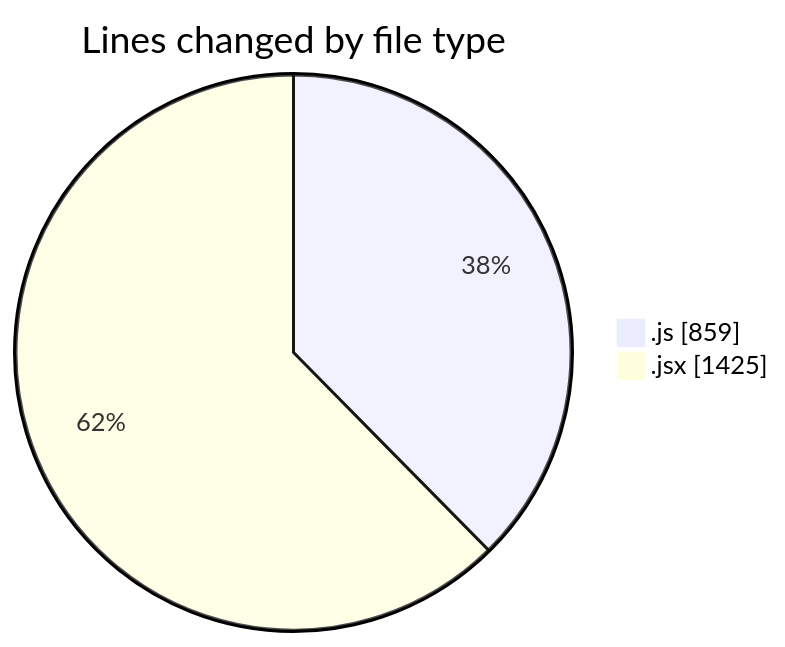
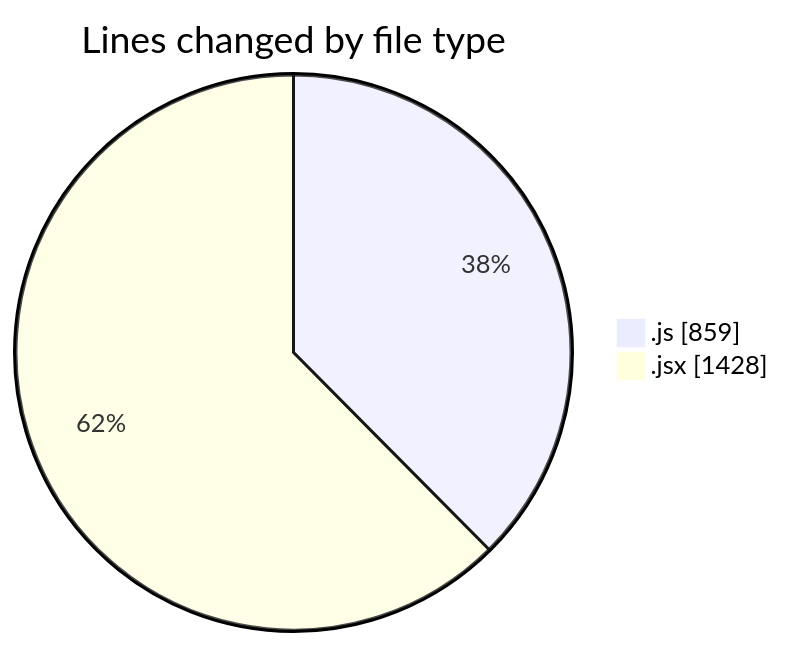
Before and after one commit to nxtqubesakshisongat/code-tracking: the first of 2 diagrams in 2025-12-26/nxtqube_webapp/README.md, drawn with Mermaid. The commit also changed other lines of this file and 1 other file, not shown here.

````diff
--- a/2025-12-26/nxtqube_webapp/README.md
+++ b/2025-12-26/nxtqube_webapp/README.md
@@ -24,6 +24,6 @@
 ```mermaid
 pie showData
 title Lines changed by file type
 ".js" : 859
-".jsx" : 1425
+".jsx" : 1428
 ```
````
